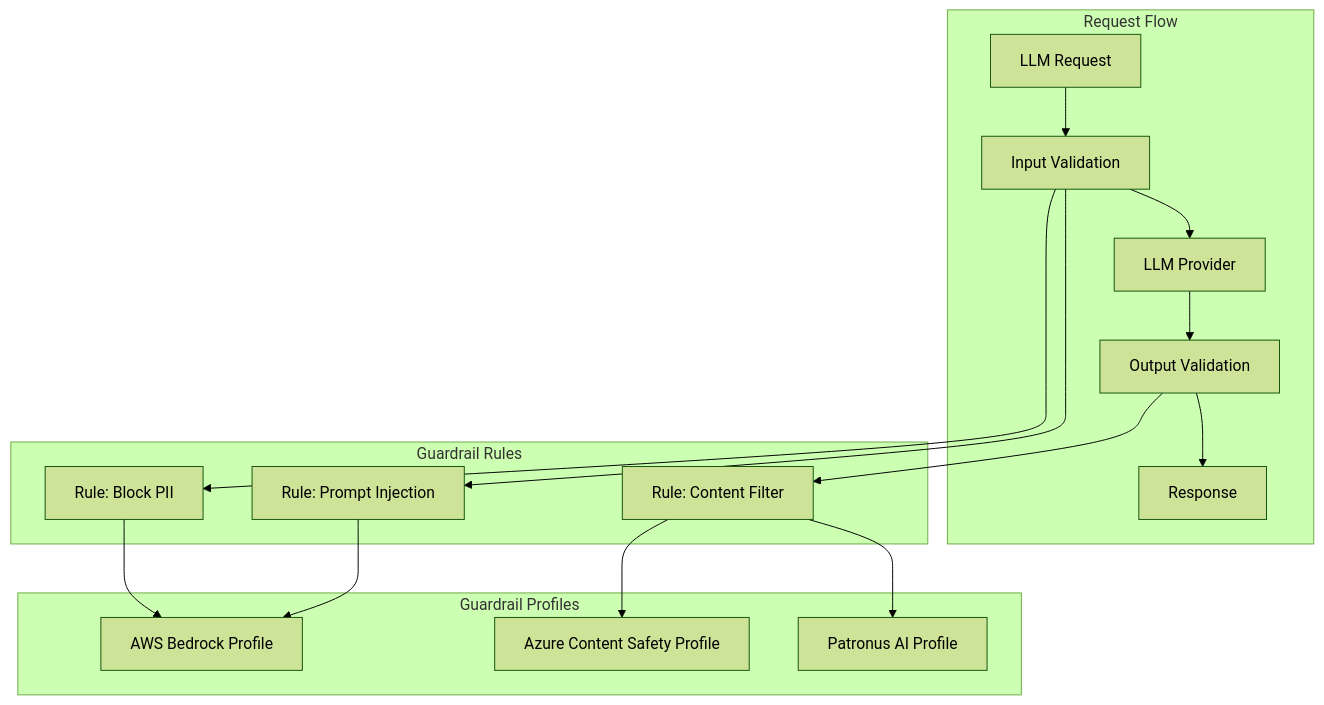
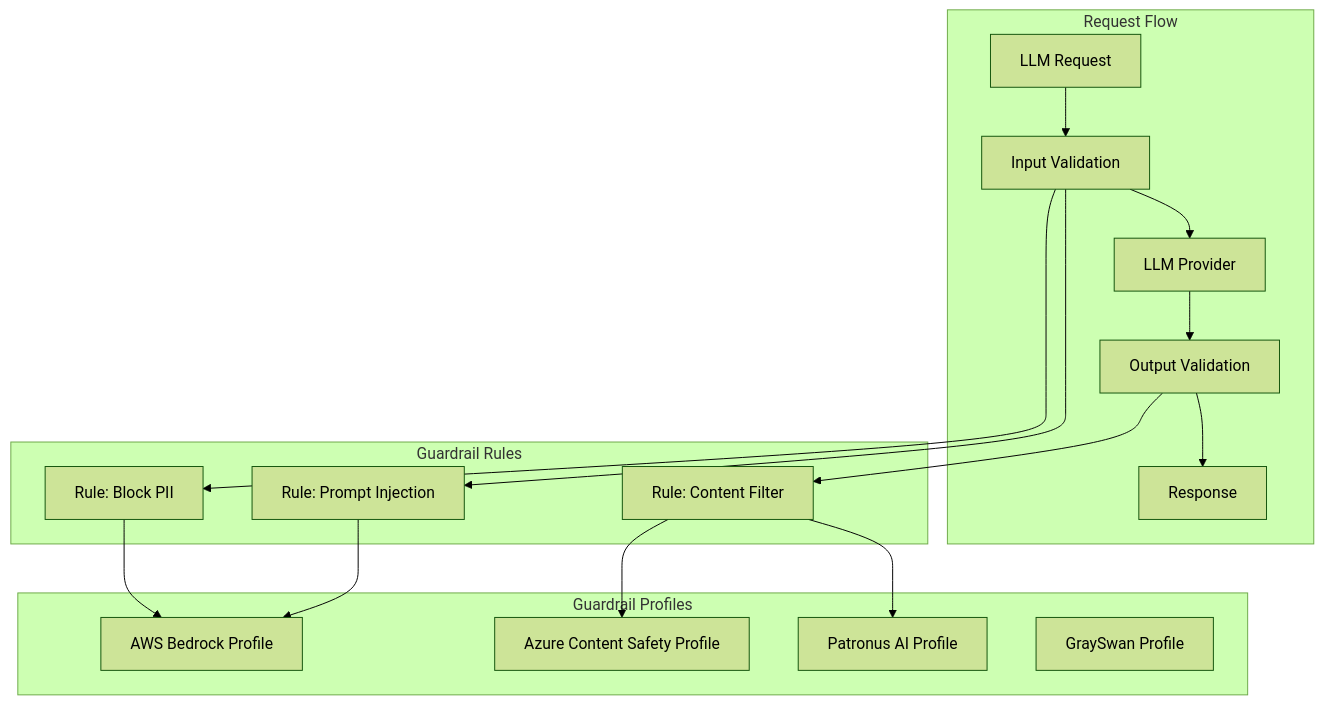
One commit to sammcj/bifrost changed the diagram in docs/enterprise/guardrails.mdx. Above: the diagram before and after it, drawn with Mermaid (forest theme). The commit also changed other lines of this file and 17 other files, not shown here.

````diff
--- a/docs/enterprise/guardrails.mdx
+++ b/docs/enterprise/guardrails.mdx
@@ -56,30 +56,31 @@
 ```mermaid
 flowchart TB
     subgraph request_flow [Request Flow]
         Request[LLM Request] --> InputValidation[Input Validation]
         InputValidation --> LLMProvider[LLM Provider]
         LLMProvider --> OutputValidation[Output Validation]
         OutputValidation --> Response[Response]
     end
 
     subgraph rules [Guardrail Rules]
         Rule1[Rule: Block PII]
         Rule2[Rule: Content Filter]
         Rule3[Rule: Prompt Injection]
     end
 
     subgraph profiles [Guardrail Profiles]
         Profile1[AWS Bedrock Profile]
         Profile2[Azure Content Safety Profile]
         Profile3[Patronus AI Profile]
+        Profile4[GraySwan Profile]
     end
 
     InputValidation --> Rule1
     InputValidation --> Rule3
     OutputValidation --> Rule2
 
     Rule1 --> Profile1
     Rule2 --> Profile2
     Rule2 --> Profile3
     Rule3 --> Profile1
 ```
````
